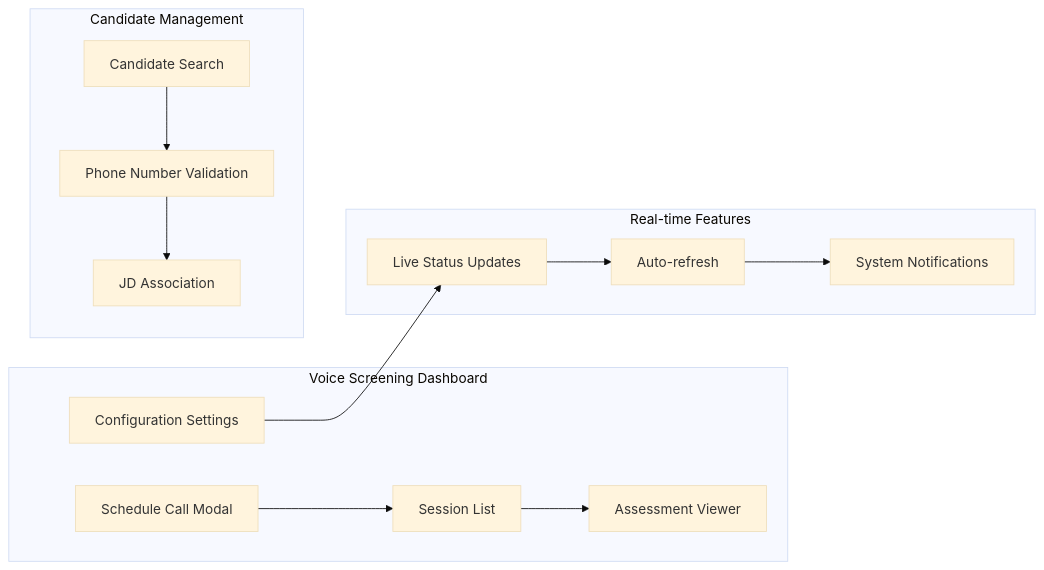
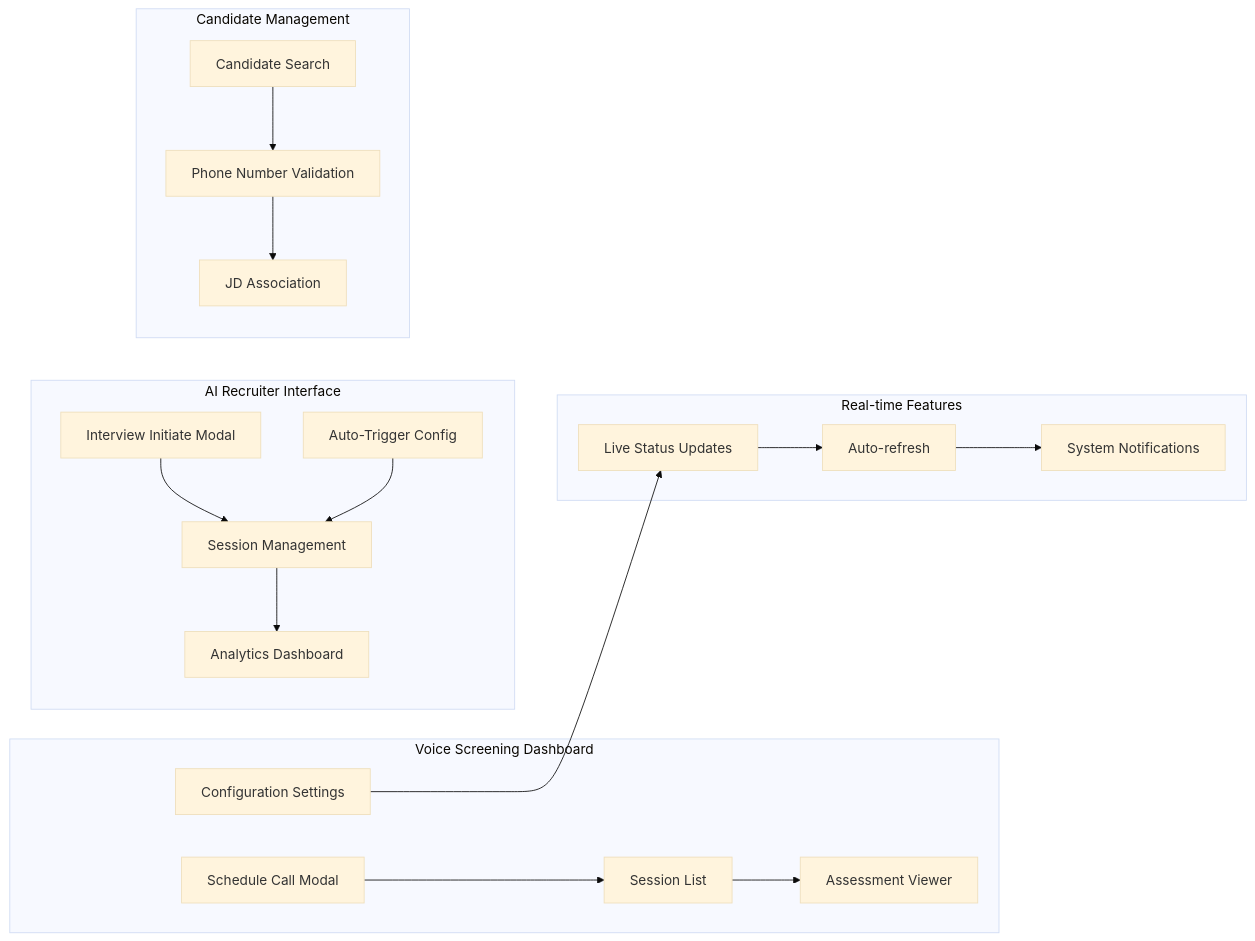
Diagram 13 of 17 in .qoder/repowiki/en/content/Advanced Topics/Voice Agent Conversation System.md (Revanththetalogics/aireume), drawn with Mermaid (base theme) before and after one commit. The commit also changed other lines of this file and 47 other files, not shown here.

First line of the commit message:
feat: consolidate Phone Screening + AI Recruiter into unified AI Interview feature

````diff
--- a/.qoder/repowiki/en/content/Advanced Topics/Voice Agent Conversation System.md
+++ b/.qoder/repowiki/en/content/Advanced Topics/Voice Agent Conversation System.md
@@ -770,26 +726,35 @@
 ```mermaid
 graph LR
 subgraph "Voice Screening Dashboard"
 SCHED[Schedule Call Modal]
 SESSION_LIST[Session List]
 SETTINGS[Configuration Settings]
 ASSESSMENT[Assessment Viewer]
+end
+subgraph "AI Recruiter Interface"
+INITIATE[Interview Initiate Modal]
+SESSION_MANAGEMENT[Session Management]
+ANALYTICS[Analytics Dashboard]
+CONFIGURATION[Auto-Trigger Config]
 end
 subgraph "Real-time Features"
 LIVE_STATUS[Live Status Updates]
 AUTO_REFRESH[Auto-refresh]
 NOTIFICATIONS[System Notifications]
 end
 subgraph "Candidate Management"
 CANDIDATE_SEARCH[Candidate Search]
 PHONE_VALIDATION[Phone Number Validation]
 JD_ASSOCIATION[JD Association]
 end
 SCHED --> SESSION_LIST
 SESSION_LIST --> ASSESSMENT
+INITIATE --> SESSION_MANAGEMENT
+SESSION_MANAGEMENT --> ANALYTICS
+CONFIGURATION --> SESSION_MANAGEMENT
 SETTINGS --> LIVE_STATUS
 LIVE_STATUS --> AUTO_REFRESH
 AUTO_REFRESH --> NOTIFICATIONS
 CANDIDATE_SEARCH --> PHONE_VALIDATION
 PHONE_VALIDATION --> JD_ASSOCIATION
 ```
````
